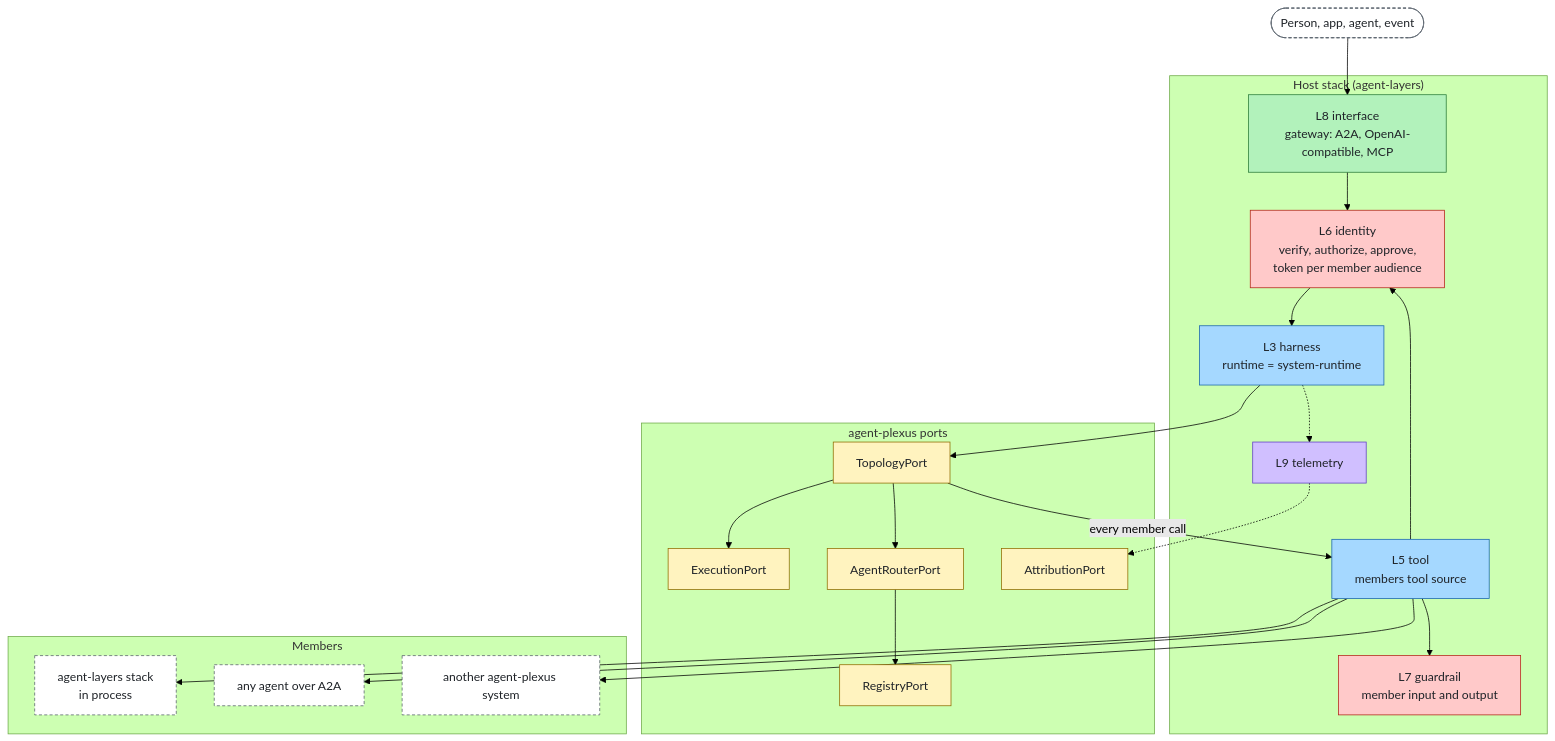
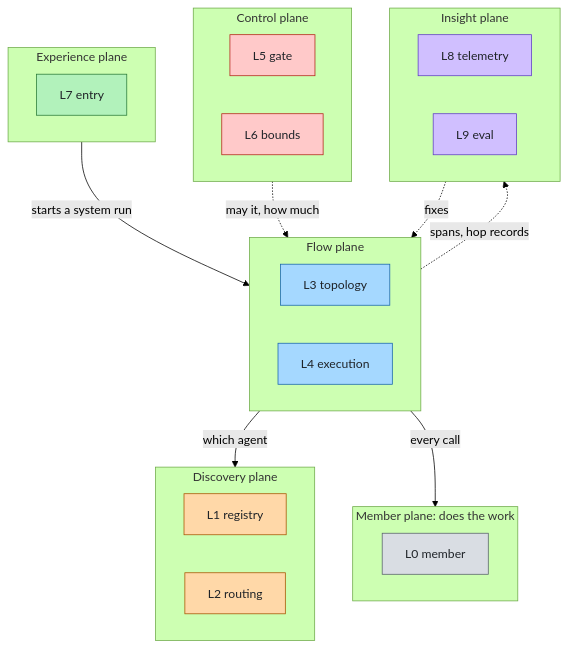
One commit to aantenore/agent-plexus changed the first of 3 diagrams in docs/design.md. Above: the diagram before and after it, drawn with Mermaid (forest theme). The commit also changed other lines of this file and 5 other files, not shown here.

Commit message:
docs!: ten own layers, core without dependencies, agent-layers as an adapter

````diff
--- a/docs/design.md
+++ b/docs/design.md
@@ -61,39 +32,37 @@
 ```mermaid
 flowchart TB
-  caller(["Person, app, agent, event"]):::external
-  subgraph host["Host stack (agent-layers)"]
-    gw["L8 interface<br/>gateway: A2A, OpenAI-compatible, MCP"]:::experience
-    id["L6 identity<br/>verify, authorize, approve,<br/>token per member audience"]:::control
-    grd["L7 guardrail<br/>member input and output"]:::control
-    rt["L3 harness<br/>runtime = system-runtime"]:::agent
-    mt["L5 tool<br/>members tool source"]:::agent
-    tel["L9 telemetry"]:::insight
+  subgraph exp["Experience plane"]
+    entry["L7 entry"]:::experience
   end
-  subgraph plexus["agent-plexus ports"]
-    topo["TopologyPort"]:::plexus
-    exe["ExecutionPort"]:::plexus
-    reg["RegistryPort"]:::plexus
-    rtr["AgentRouterPort"]:::plexus
-    att["AttributionPort"]:::plexus
+  subgraph ctl["Control plane"]
+    gate["L5 gate"]:::control
+    bounds["L6 bounds"]:::control
   end
-  subgraph members["Members"]
-    m1["agent-layers stack<br/>in process"]:::external
-    m2["any agent over A2A"]:::external
-    m3["another agent-plexus system"]:::external
+  subgraph flw["Flow plane"]
+    topology["L3 topology"]:::agent
+    execution["L4 execution"]:::agent
   end
-  caller --> gw --> id --> rt --> topo
-  topo --> exe
-  topo --> rtr --> reg
-  topo -->|"every member call"| mt
-  mt --> id
-  mt --> grd
-  mt --> m1 & m2 & m3
-  rt -.-> tel
-  tel -.-> att
+  subgraph dsc["Discovery plane"]
+    registry["L1 registry"]:::model
+    routing["L2 routing"]:::model
+  end
+  subgraph ins["Insight plane"]
+    telemetry["L8 telemetry"]:::insight
+    eval["L9 eval"]:::insight
+  end
+  subgraph mbr["Member plane: does the work"]
+    member["L0 member"]:::foundation
+  end
+  exp -->|"starts a system run"| flw
+  flw -->|"which agent"| dsc
+  ctl -.->|"may it, how much"| flw
+  flw -->|"every call"| mbr
+  flw -.->|"spans, hop records"| ins
+  ins -.->|"fixes"| flw
+  classDef foundation fill:#d9dde3,stroke:#57606a,color:#1f2328
+  classDef model fill:#ffd8a8,stroke:#a85400,color:#1f2328
   classDef agent fill:#a5d8ff,stroke:#1864ab,color:#1f2328
   classDef control fill:#ffc9c9,stroke:#b42318,color:#1f2328
   classDef experience fill:#b2f2bb,stroke:#2a7a38,color:#1f2328
   classDef insight fill:#d0bfff,stroke:#5f3dc4,color:#1f2328
-  classDef plexus fill:#fff3bf,stroke:#8f6c00,color:#1f2328
-  classDef external fill:#ffffff,stroke:#57606a,color:#1f2328,stroke-dasharray:4 3
 ```
````
